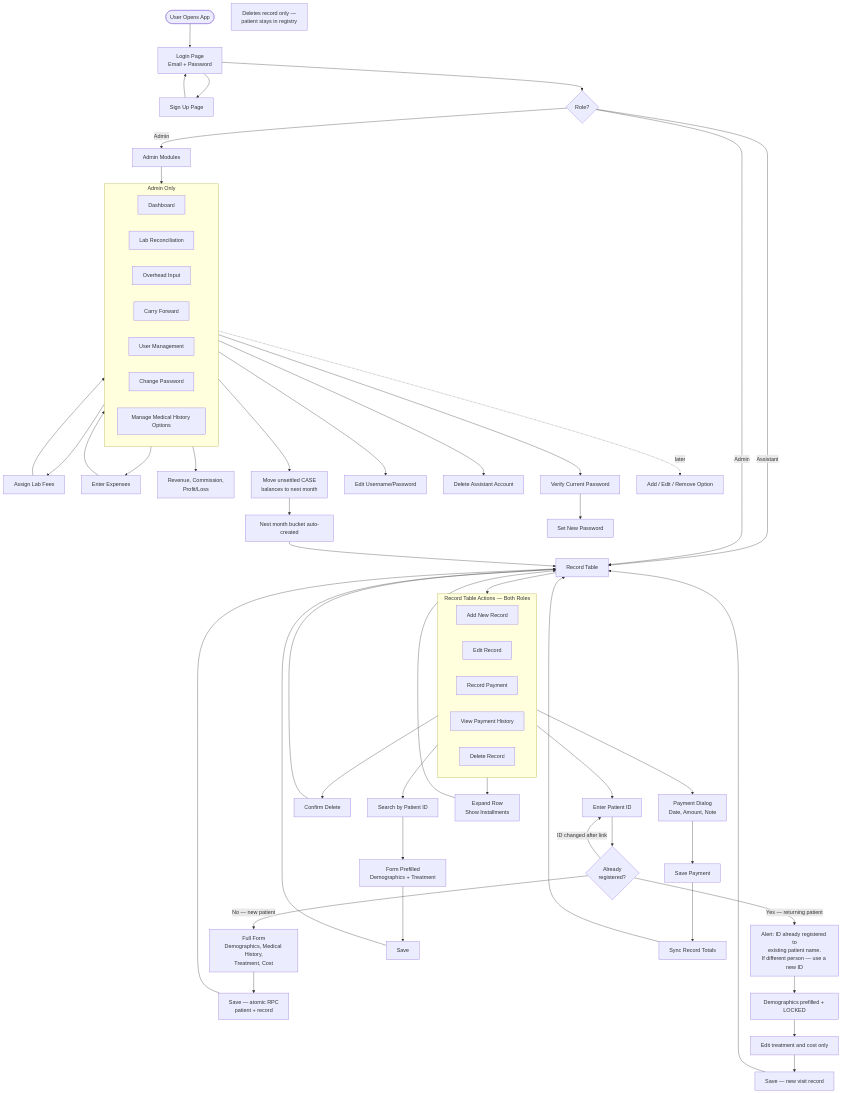
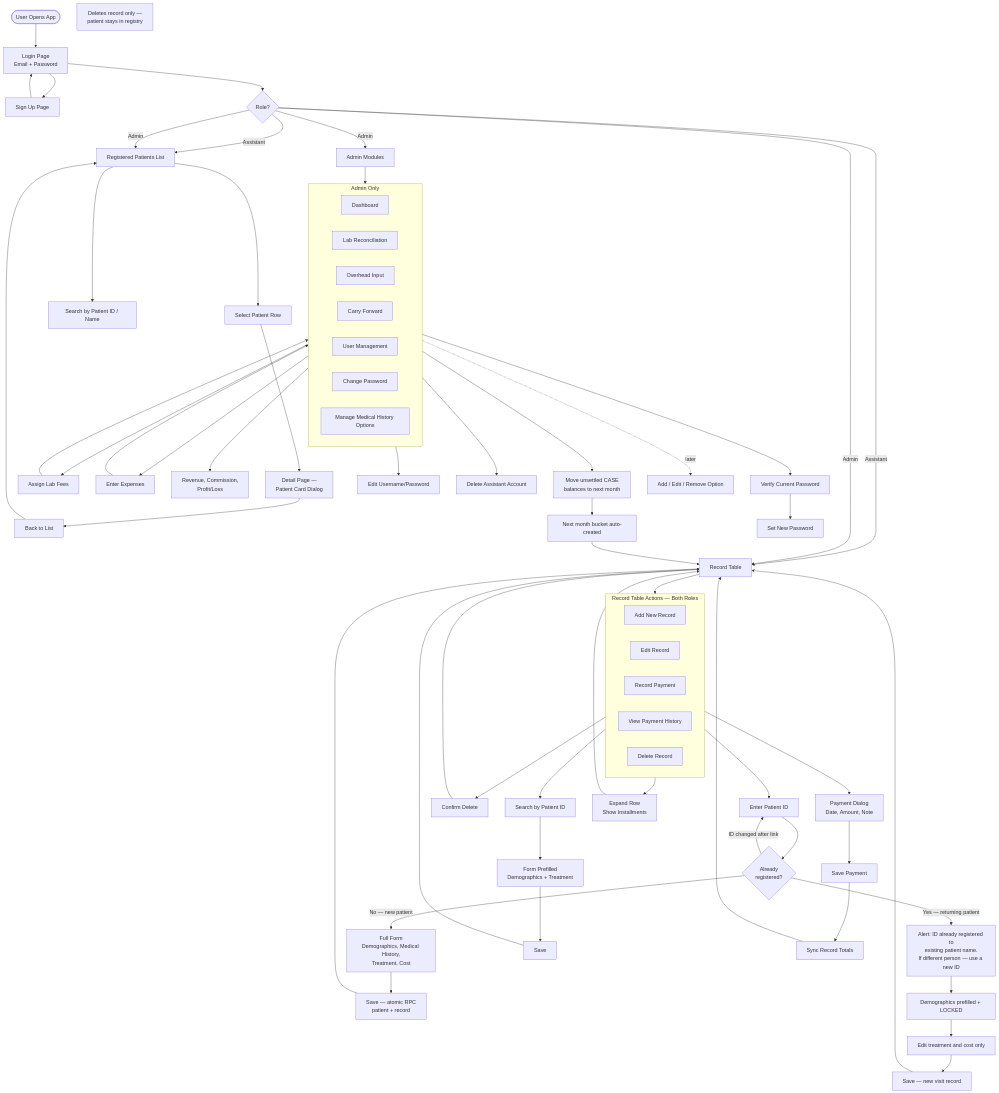
The diagram in docs/dc-fms-user-flow.mermaid (kaungmyatshwe1397/df-dashboard), drawn with Mermaid before and after one commit. The commit also changed 27 other files, not shown here.

First line of the commit message:
feat: registered patients page, patient ID/age input validation

```diff
--- a/docs/dc-fms-user-flow.mermaid
+++ b/docs/dc-fms-user-flow.mermaid
@@ -1,80 +1,91 @@
 flowchart TD
     Start([User Opens App]) --> Login[Login Page\nEmail + Password]
     Login --> Signup[Sign Up Page]
     Signup --> Login
 
     Login --> Role{Role?}
 
     %% ==============================
     %% SHARED: RECORD TABLE
     %% ==============================
     Role -->|Assistant| Table[Record Table]
     Role -->|Admin| Table
 
     subgraph RecordActions [Record Table Actions — Both Roles]
         direction LR
         Add[Add New Record]
         Edit[Edit Record]
         Pay[Record Payment]
         History[View Payment History]
         DeleteRec[Delete Record]
     end
 
     Table --> RecordActions
 
     Add --> IdInput[Enter Patient ID]
     IdInput --> IdCheck{Already\nregistered?}
 
     IdCheck -->|No — new patient| NewForm[Full Form\nDemographics, Medical History,\nTreatment, Cost]
     NewForm --> Save1[Save — atomic RPC\npatient + record] --> Table
 
     IdCheck -->|Yes — returning patient| LockedAlert["Alert: ID already registered to\nexisting patient name.\nIf different person — use a new ID"]
     LockedAlert --> Prefill[Demographics prefilled + LOCKED]
     Prefill --> TxForm[Edit treatment and cost only]
     TxForm --> Save2[Save — new visit record] --> Table
 
     IdCheck -->|ID changed after link| IdInput
 
     Edit --> Lookup[Search by Patient ID]
     Lookup --> Prefill2[Form Prefilled\nDemographics + Treatment] --> Save3[Save] --> Table
 
     DeleteRec --> Confirm[Confirm Delete] --> Table
     NoteDelete["Deletes record only —\npatient stays in registry"]
 
     Pay --> Dialog[Payment Dialog\nDate, Amount, Note]
     Dialog --> Save4[Save Payment]
     Save4 --> Sync[Sync Record Totals]
     Sync --> Table
 
     History --> Expand[Expand Row\nShow Installments] --> Table
 
     %% ==============================
+    %% BOTH ROLES: REGISTERED PATIENTS
+    %% ==============================
+    Role -->|Assistant| RegPatients[Registered Patients List]
+    Role -->|Admin| RegPatients
+
+    RegPatients --> SearchPt[Search by Patient ID / Name]
+    RegPatients --> PtRow[Select Patient Row]
+    PtRow --> PtDetail[Detail Page —\nPatient Card Dialog]
+    PtDetail --> PtBack[Back to List] --> RegPatients
+
+    %% ==============================
     %% ADMIN ONLY: EXTRA MODULES
     %% ==============================
     Role -->|Admin| AdminModules[Admin Modules]
 
     subgraph AdminOnly [Admin Only]
         direction LR
         Dashboard[Dashboard]
         LabRecon[Lab Reconciliation]
         Overhead[Overhead Input]
         CarryFwd[Carry Forward]
         UserMgmt[User Management]
         ChangePw[Change Password]
         MedHistOpts[Manage Medical History Options]
     end
 
     AdminModules --> AdminOnly
 
     LabRecon --> Fees[Assign Lab Fees] --> Dashboard
     Overhead --> Expenses[Enter Expenses] --> Dashboard
     Dashboard --> KPIs[Revenue, Commission,\nProfit/Loss]
 
     CarryFwd --> CF[Move unsettled CASE\nbalances to next month]
     CF --> NewBucket[Next month bucket auto-created]
     NewBucket --> Table
 
     UserMgmt --> EditUser[Edit Username/Password]
     UserMgmt --> DeleteAssistant[Delete Assistant Account]
     ChangePw --> VerifyCurrent[Verify Current Password] --> SetNew[Set New Password]
     MedHistOpts -.->|later| AddOpt[Add / Edit / Remove Option]
```
